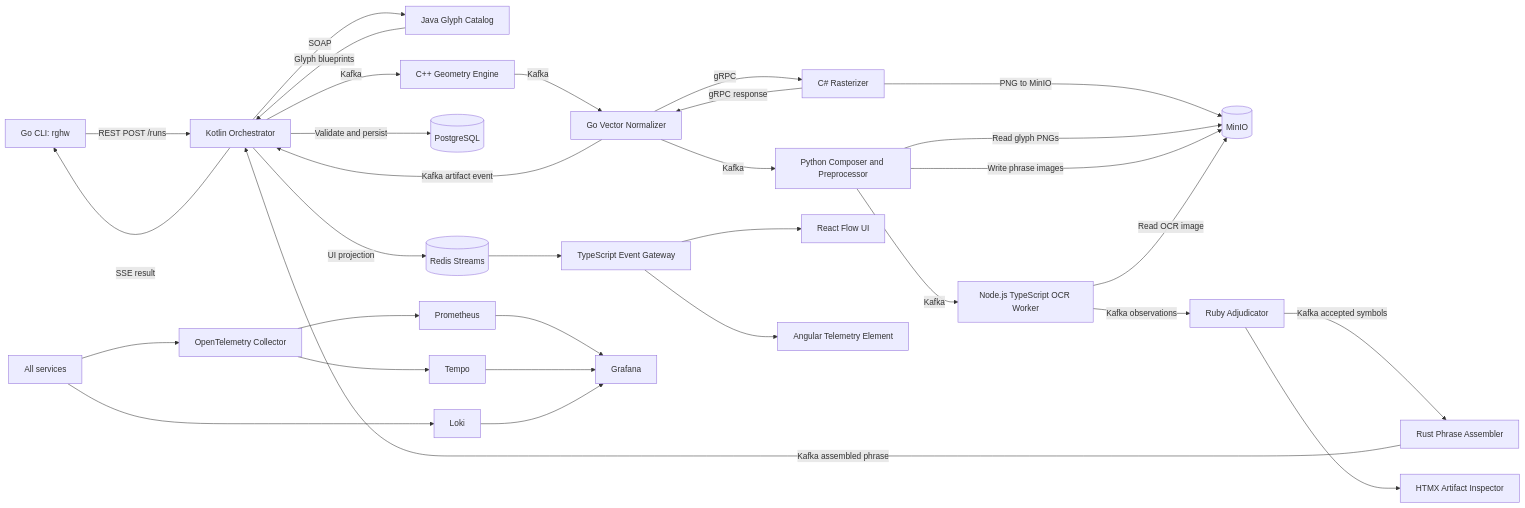
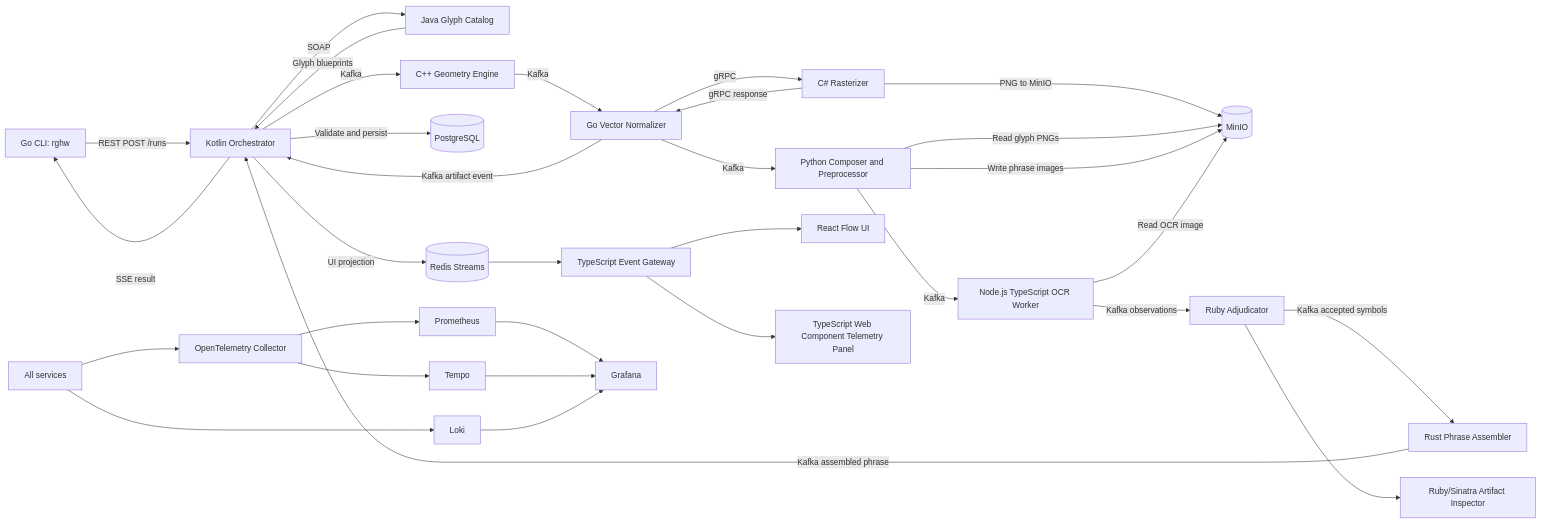
Before and after one commit to HyperVon/rg-helloworld: the diagram in docs/diagrams/high-level-architecture.mmd, drawn with Mermaid. The commit also changed 15 other files, not shown here.

```diff
--- a/docs/diagrams/high-level-architecture.mmd
+++ b/docs/diagrams/high-level-architecture.mmd
@@ -1,40 +1,40 @@
 flowchart LR
     CLI[Go CLI: rghw] -->|REST POST /runs| ORCH[Kotlin Orchestrator]
 
     ORCH -->|SOAP| CATALOG[Java Glyph Catalog]
     CATALOG -->|Glyph blueprints| ORCH
 
     ORCH -->|Kafka| CPP[C++ Geometry Engine]
     CPP -->|Kafka| NORM[Go Vector Normalizer]
     NORM -->|gRPC| DOTNET[C# Rasterizer]
     NORM -->|Kafka artifact event| ORCH
 
     DOTNET -->|PNG to MinIO| MINIO[(MinIO)]
     DOTNET -->|gRPC response| NORM
     NORM -->|Kafka| PY[Python Composer and Preprocessor]
 
     PY -->|Read glyph PNGs| MINIO
     PY -->|Write phrase images| MINIO
     PY -->|Kafka| OCR[Node.js TypeScript OCR Worker]
 
     OCR -->|Read OCR image| MINIO
     OCR -->|Kafka observations| RUBY[Ruby Adjudicator]
     RUBY -->|Kafka accepted symbols| RUST[Rust Phrase Assembler]
     RUST -->|Kafka assembled phrase| ORCH
 
     ORCH -->|Validate and persist| PG[(PostgreSQL)]
     ORCH -->|UI projection| REDIS[(Redis Streams)]
     ORCH -->|SSE result| CLI
 
     REDIS --> GATEWAY[TypeScript Event Gateway]
     GATEWAY --> REACT[React Flow UI]
-    GATEWAY --> ANGULAR[Angular Telemetry Element]
-    RUBY --> HTMX[HTMX Artifact Inspector]
+    GATEWAY --> TELEMETRY[TypeScript Web Component Telemetry Panel]
+    RUBY --> INSPECTOR[Ruby/Sinatra Artifact Inspector]
 
     SERVICES[All services] --> OTEL[OpenTelemetry Collector]
     OTEL --> PROM[Prometheus]
     OTEL --> TEMPO[Tempo]
     SERVICES --> LOKI[Loki]
     PROM --> GRAFANA[Grafana]
     TEMPO --> GRAFANA
     LOKI --> GRAFANA
```
